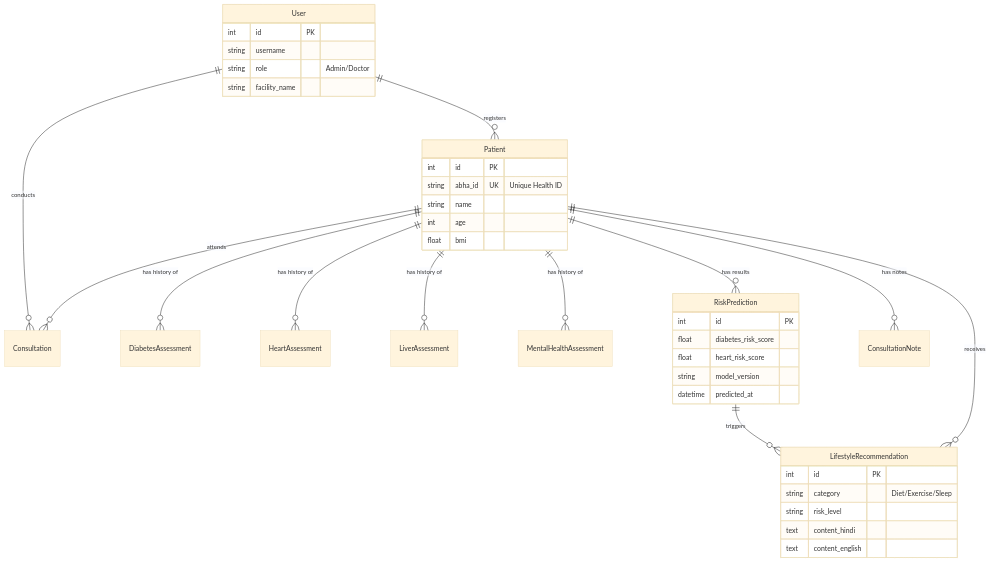
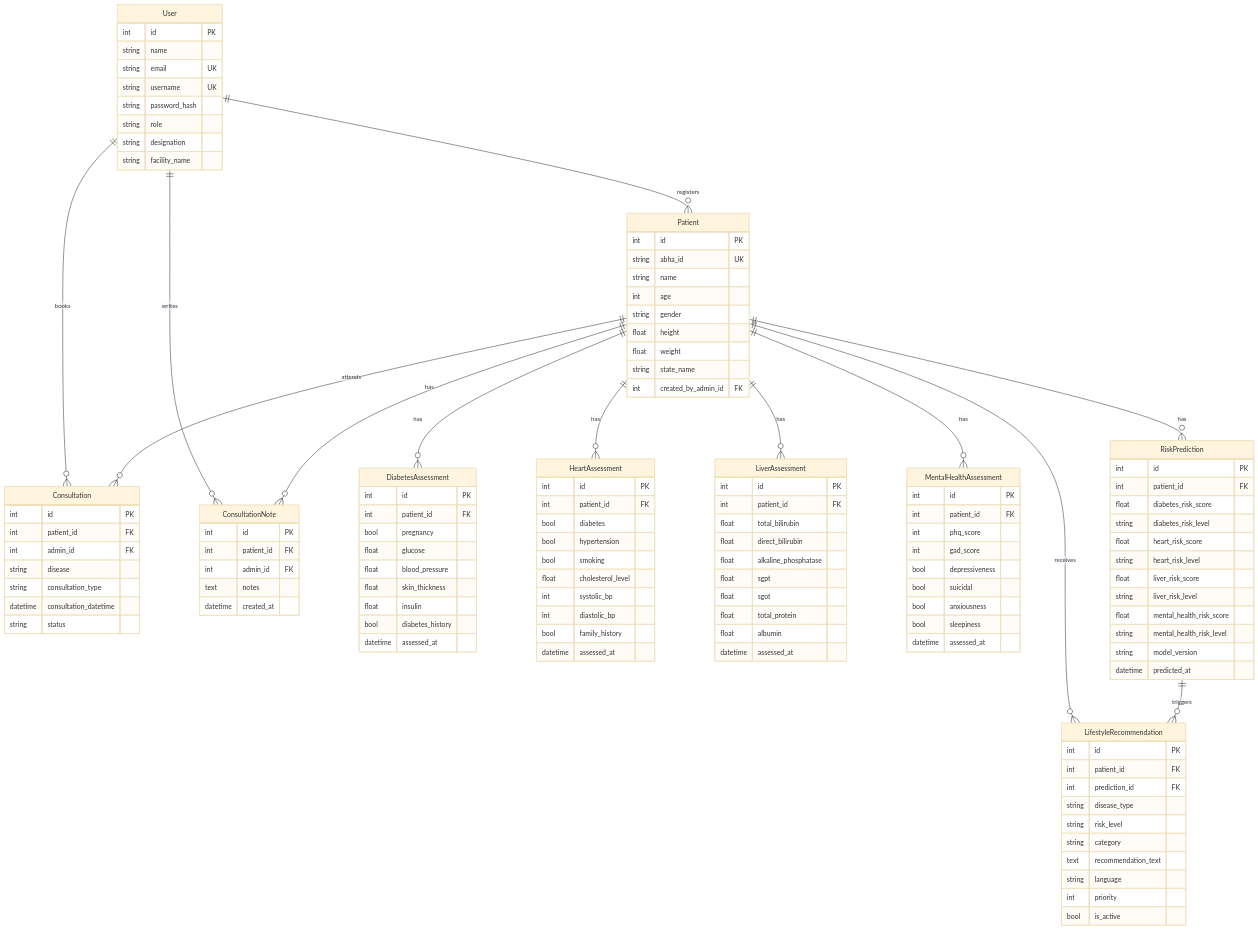
The third of 4 diagrams in ARCHITECTURE.md (abhaypatil-code/PreventVance-AI-Revamp), drawn with Mermaid (base theme) before and after one commit. The commit also changed other lines of this file, not shown here.

````diff
--- a/ARCHITECTURE.md
+++ b/ARCHITECTURE.md
@@ -84,48 +86,136 @@
 ```mermaid
 erDiagram
     User ||--o{ Patient : "registers"
-    User ||--o{ Consultation : "conducts"
-    
-    Patient ||--o{ DiabetesAssessment : "has history of"
-    Patient ||--o{ HeartAssessment : "has history of"
-    Patient ||--o{ LiverAssessment : "has history of"
-    Patient ||--o{ MentalHealthAssessment : "has history of"
-    
-    Patient ||--o{ RiskPrediction : "has results"
+    User ||--o{ Consultation : "books"
+    User ||--o{ ConsultationNote : "writes"
+
+    Patient ||--o{ DiabetesAssessment : "has"
+    Patient ||--o{ HeartAssessment : "has"
+    Patient ||--o{ LiverAssessment : "has"
+    Patient ||--o{ MentalHealthAssessment : "has"
+    Patient ||--o{ RiskPrediction : "has"
+    Patient ||--o{ Consultation : "attends"
+    Patient ||--o{ ConsultationNote : "has"
+    Patient ||--o{ LifestyleRecommendation : "receives"
+
     RiskPrediction ||--o{ LifestyleRecommendation : "triggers"
-    Patient ||--o{ LifestyleRecommendation : "receives"
-    
-    Patient ||--o{ Consultation : "attends"
-    Patient ||--o{ ConsultationNote : "has notes"
 
     User {
         int id PK
-        string username
-        string role "Admin/Doctor"
+        string name
+        string email UK
+        string username UK
+        string password_hash
+        string role
+        string designation
         string facility_name
     }
 
     Patient {
         int id PK
-        string abha_id UK "Unique Health ID"
+        string abha_id UK
         string name
         int age
-        float bmi
+        string gender
+        float height
+        float weight
+        string state_name
+        int created_by_admin_id FK
+    }
+
+    DiabetesAssessment {
+        int id PK
+        int patient_id FK
+        bool pregnancy
+        float glucose
+        float blood_pressure
+        float skin_thickness
+        float insulin
+        bool diabetes_history
+        datetime assessed_at
+    }
+
+    HeartAssessment {
+        int id PK
+        int patient_id FK
+        bool diabetes
+        bool hypertension
+        bool smoking
+        float cholesterol_level
+        int systolic_bp
+        int diastolic_bp
+        bool family_history
+        datetime assessed_at
+    }
+
+    LiverAssessment {
+        int id PK
+        int patient_id FK
+        float total_bilirubin
+        float direct_bilirubin
+        float alkaline_phosphatase
+        float sgpt
+        float sgot
+        float total_protein
+        float albumin
+        datetime assessed_at
+    }
+
+    MentalHealthAssessment {
+        int id PK
+        int patient_id FK
+        int phq_score
+        int gad_score
+        bool depressiveness
+        bool suicidal
+        bool anxiousness
+        bool sleepiness
+        datetime assessed_at
     }
 
     RiskPrediction {
         int id PK
+        int patient_id FK
         float diabetes_risk_score
+        string diabetes_risk_level
         float heart_risk_score
+        string heart_risk_level
+        float liver_risk_score
+        string liver_risk_level
+        float mental_health_risk_score
+        string mental_health_risk_level
         string model_version
         datetime predicted_at
     }
 
     LifestyleRecommendation {
         int id PK
-        string category "Diet/Exercise/Sleep"
+        int patient_id FK
+        int prediction_id FK
+        string disease_type
         string risk_level
-        text content_hindi
-        text content_english
+        string category
+        text recommendation_text
+        string language
+        int priority
+        bool is_active
+    }
+
+    Consultation {
+        int id PK
+        int patient_id FK
+        int admin_id FK
+        string disease
+        string consultation_type
+        datetime consultation_datetime
+        string status
+    }
+
+    ConsultationNote {
+        int id PK
+        int patient_id FK
+        int admin_id FK
+        text notes
+        datetime created_at
     }
 ```
````
